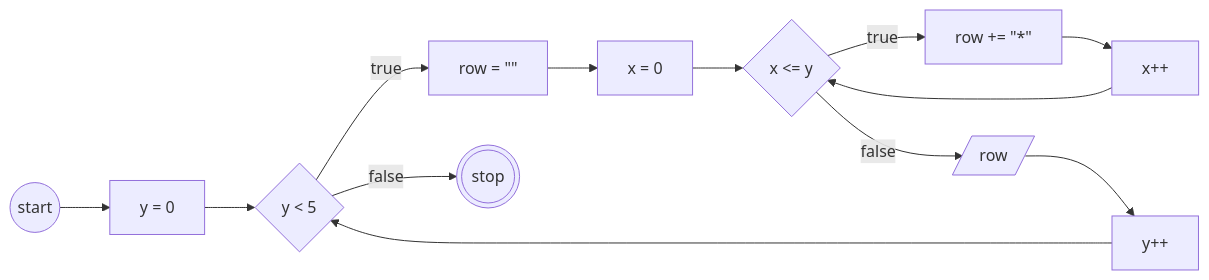
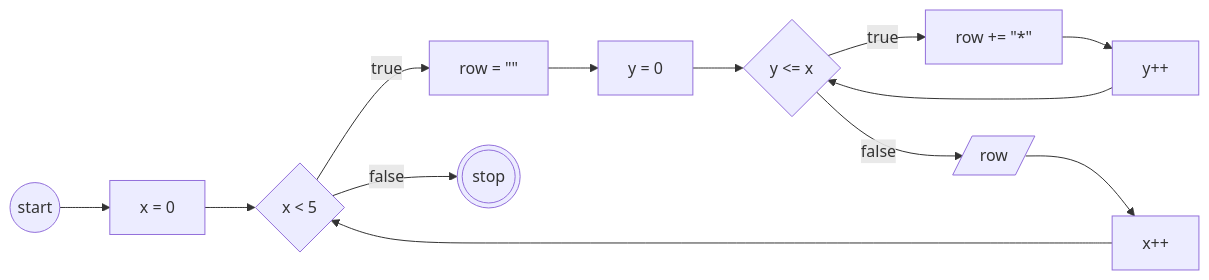
One commit to aldi-ardyansah/koda-b10-javascript3 changed the second of 2 diagrams in README.md. Above: the diagram before and after it, drawn with Mermaid. The commit also changed 1 other file, not shown here.

````diff
--- a/README.md
+++ b/README.md
@@ -55,27 +55,27 @@
 ```mermaid
 flowchart LR
     A((start))
-    B[y = 0]
-    C{y < 5}
+    B[x = 0]
+    C{x < 5}
     D[row = #quot;#quot;]
-    E[x = 0]
-    F{x <= y}
+    E[y = 0]
+    F{y <= x}
     G[row += #quot;*#quot;]
-    H[x++]
+    H[y++]
     I[/row/]
-    J[y++]
+    J[x++]
     Z(((stop)))
 
     A --> B
     B --> C
     C --true--> D
     D --> E
     E --> F
     F --true--> G
     G --> H
     H --> F
     F --false--> I
     I --> J
     J --> C
     C --false--> Z
 ```
````
